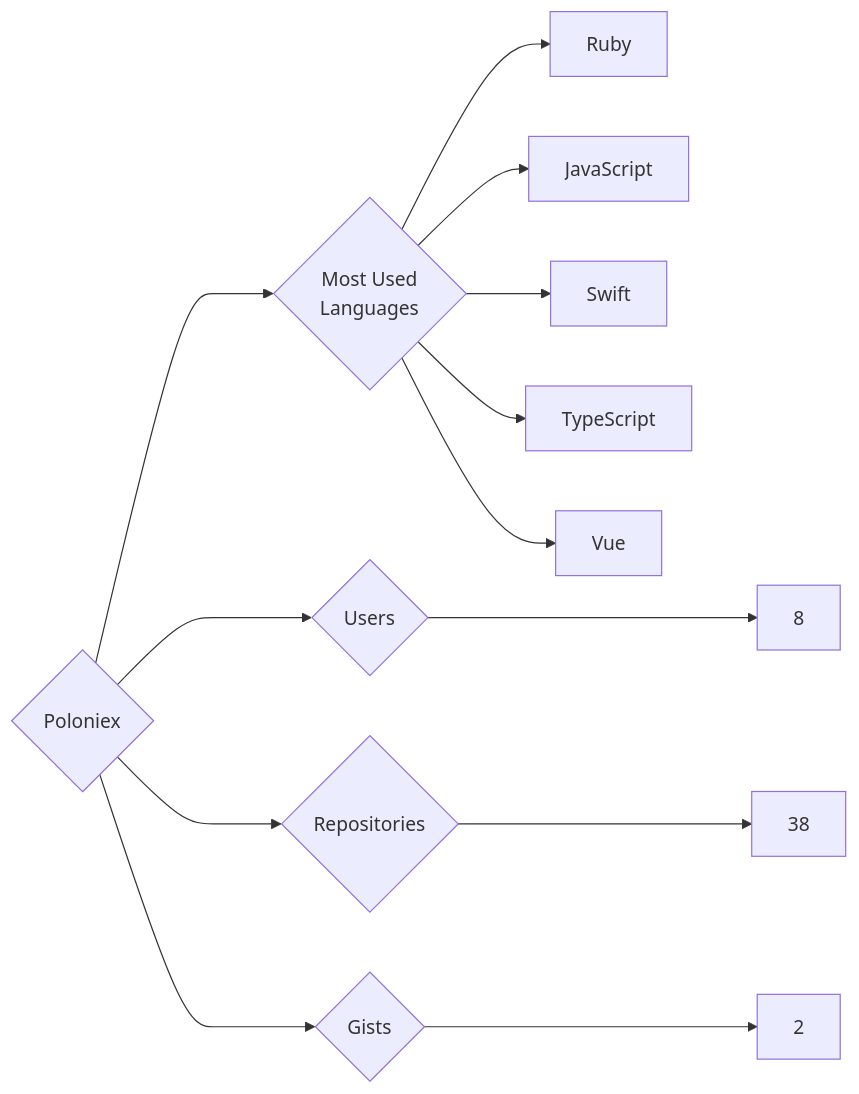
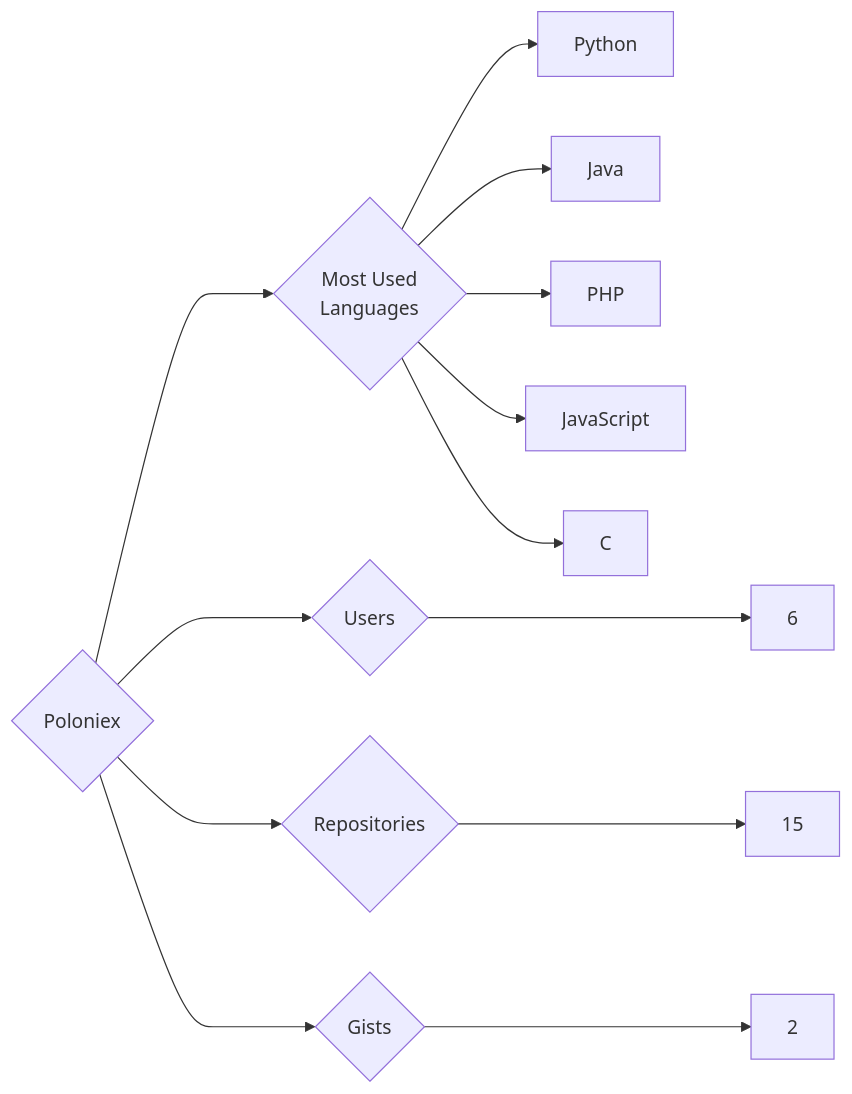
The diagram in targets/Poloniex/README.md (trickest/insiders), drawn with Mermaid before and after one commit. The commit also changed 1484 other files, not shown here.

````diff
--- a/targets/Poloniex/README.md
+++ b/targets/Poloniex/README.md
@@ -3,13 +3,13 @@
 ```mermaid
 graph LR
 COMPANY_NAME{Poloniex}
-COMPANY_NAME ---> U{Users} ---> UN[8]
-COMPANY_NAME ---> R{Repositories} ---> RN[38]
+COMPANY_NAME ---> U{Users} ---> UN[6]
+COMPANY_NAME ---> R{Repositories} ---> RN[15]
 COMPANY_NAME ---> G{Gists} ---> GN[2]
 COMPANY_NAME ---> ML{Most Used<br>Languages}
-ML --> Ruby[Ruby]
+ML --> Python[Python]
+ML --> Java[Java]
+ML --> PHP[PHP]
 ML --> JavaScript[JavaScript]
-ML --> Swift[Swift]
-ML --> TypeScript[TypeScript]
-ML --> Vue[Vue]
+ML --> C[C]
 ```
````
